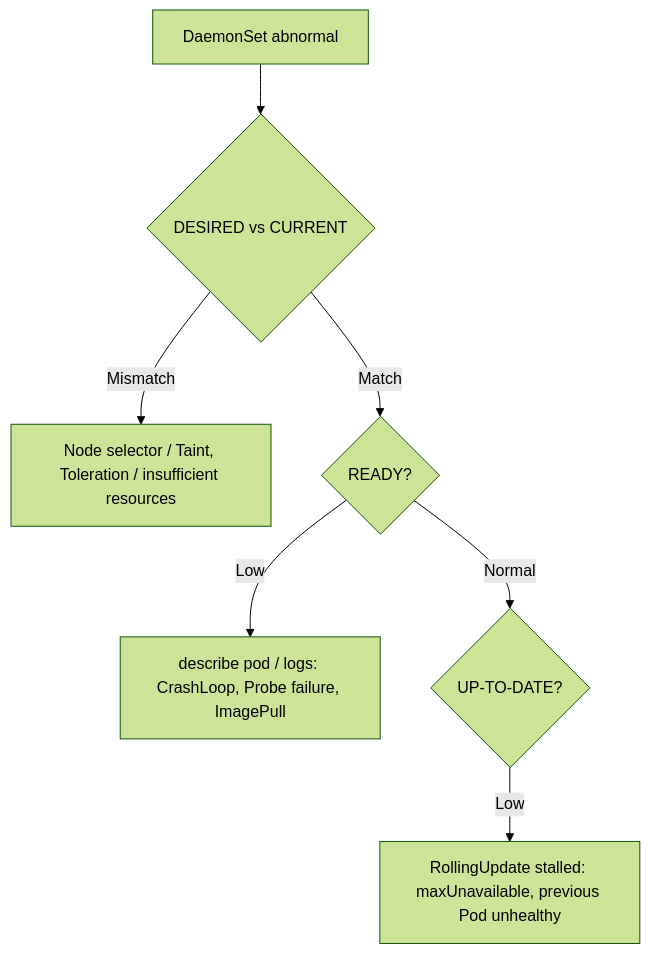
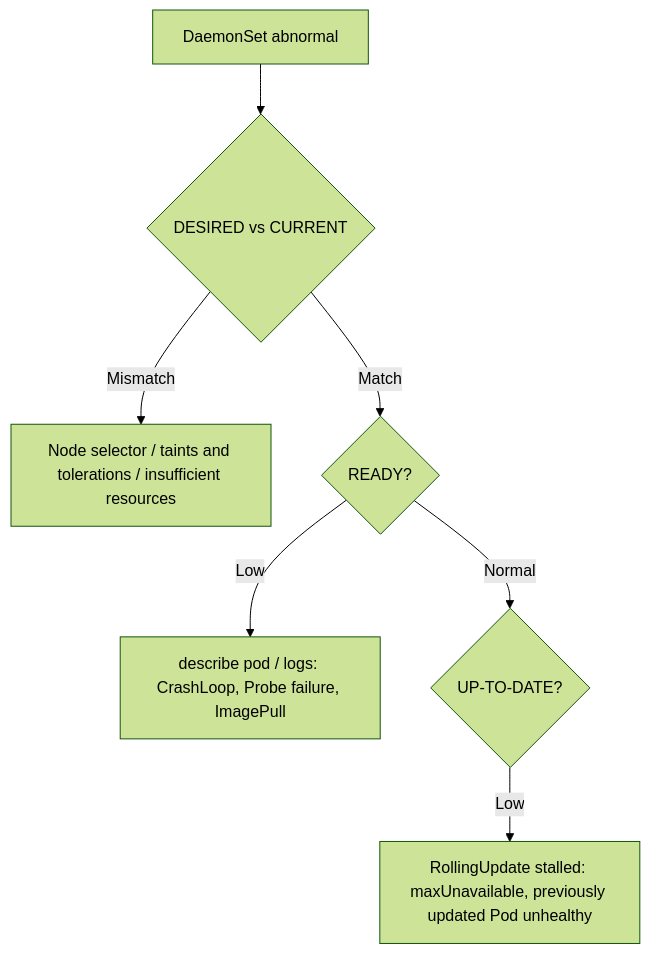
Before and after one commit to jeonck/k8s-adv: the diagram in content/usecases/51-uc-daemonset-troubleshooting.md, drawn with Mermaid (forest theme). The commit also changed other lines of this file and 53 other files, not shown here.

````diff
--- a/content/usecases/51-uc-daemonset-troubleshooting.md
+++ b/content/usecases/51-uc-daemonset-troubleshooting.md
@@ -29,9 +29,9 @@
 ```mermaid
 flowchart TD
     A["DaemonSet abnormal"] --> B{"DESIRED vs CURRENT"}
-    B -->|Mismatch| C["Node selector / Taint, Toleration / insufficient resources"]
+    B -->|Mismatch| C["Node selector / taints and tolerations / insufficient resources"]
     B -->|Match| D{READY?}
     D -->|Low| E["describe pod / logs: CrashLoop, Probe failure, ImagePull"]
     D -->|Normal| F{UP-TO-DATE?}
-    F -->|Low| G["RollingUpdate stalled: maxUnavailable, previous Pod unhealthy"]
+    F -->|Low| G["RollingUpdate stalled: maxUnavailable, previously updated Pod unhealthy"]
 ```
````
